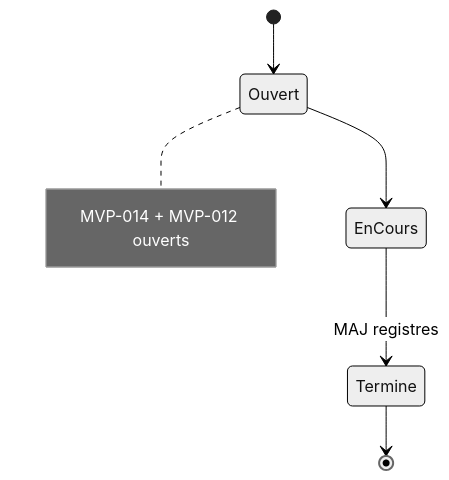
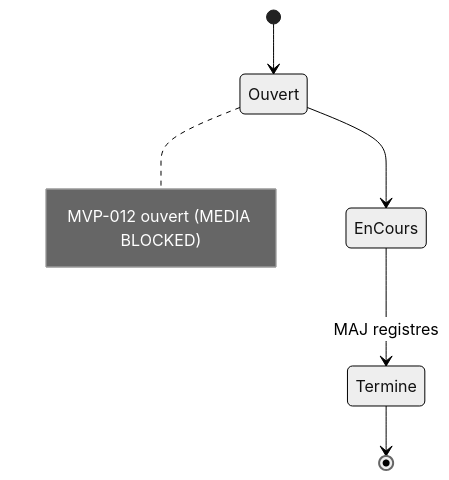
The second of 2 diagrams in docs/runtime/11_BACKLOG.md (JavaChrist/Tai-Chi-AI-Coach), drawn with Mermaid (neutral theme) before and after one commit. The commit also changed other lines of this file and 16 other files, not shown here.

````diff
--- a/docs/runtime/11_BACKLOG.md
+++ b/docs/runtime/11_BACKLOG.md
@@ -70,8 +69,8 @@
 ```mermaid
 stateDiagram-v2
   [*] --> Ouvert
   Ouvert --> EnCours
   EnCours --> Termine: MAJ registres
   Termine --> [*]
-  note right of Ouvert: MVP-014 + MVP-012 ouverts
+  note right of Ouvert: MVP-012 ouvert (MEDIA BLOCKED)
 ```
````
